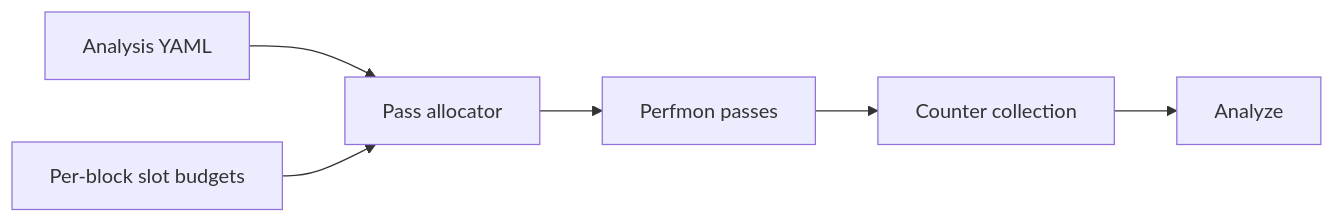
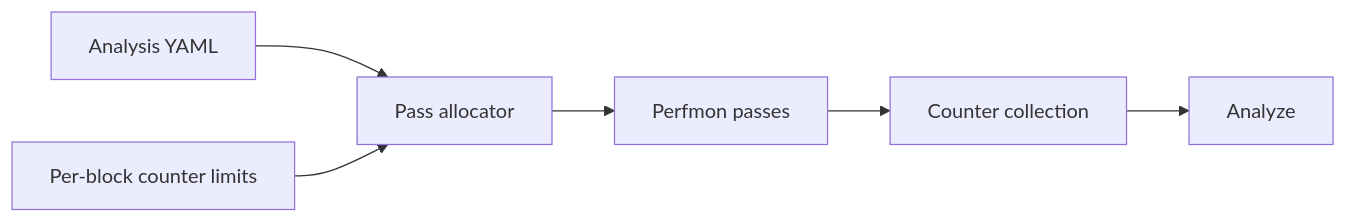
Before and after one commit to DeanTMaxim/rocm-systems: the diagram in projects/rocprofiler-compute/docs/single-pass_packable_and_unpackable/hld-plan.md, drawn with Mermaid. The commit also changed other lines of this file and 1 other file, not shown here.

````diff
--- a/projects/rocprofiler-compute/docs/single-pass_packable_and_unpackable/hld-plan.md
+++ b/projects/rocprofiler-compute/docs/single-pass_packable_and_unpackable/hld-plan.md
@@ -24,8 +24,8 @@
 ```mermaid
 flowchart LR
   yaml[Analysis YAML] --> alloc[Pass allocator]
-  slots[Per-block slot budgets] --> alloc
+  slots[Per-block counter limits] --> alloc
   alloc --> passes[Perfmon passes]
   passes --> collect[Counter collection]
   collect --> analyze[Analyze]
 ```
````
